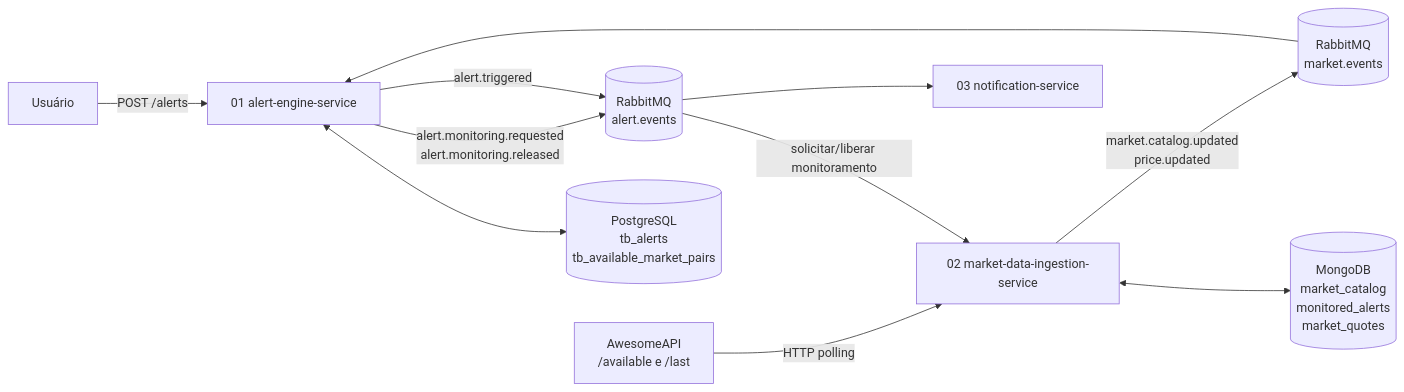
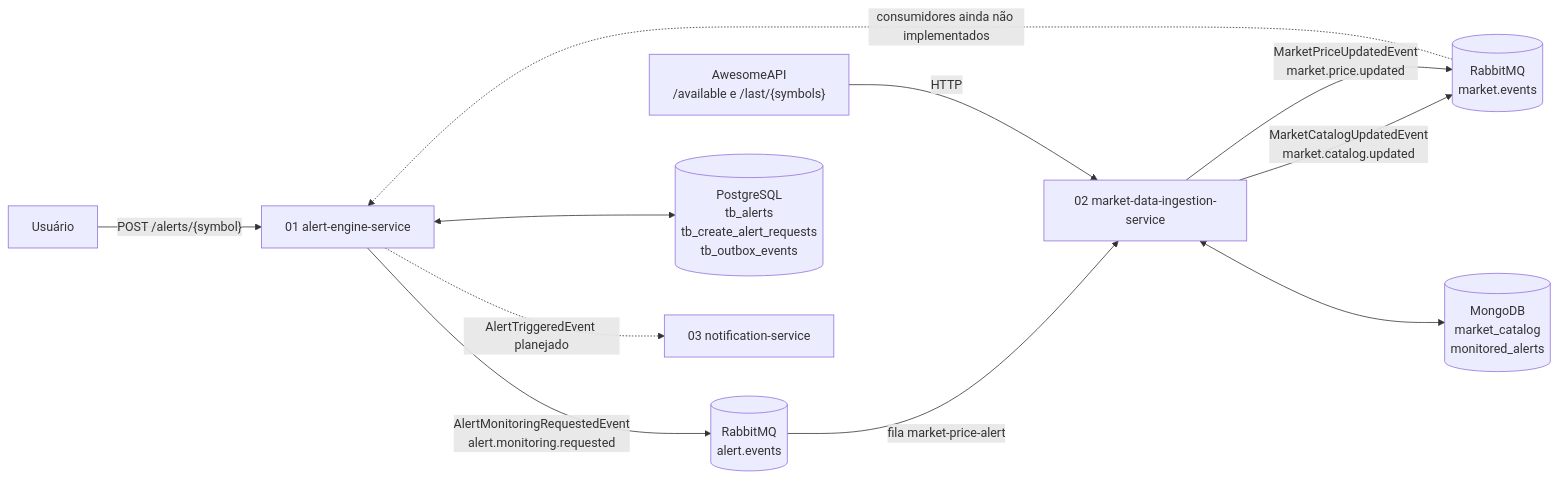
The first of 2 diagrams in _docs/finalert-architecture.md (andrestamatto/finalert), drawn with Mermaid before and after one commit. The commit also changed other lines of this file, not shown here.

Commit message:
docs(architecture): update event-driven service flows

````diff
--- a/_docs/finalert-architecture.md
+++ b/_docs/finalert-architecture.md
@@ -14,18 +11,18 @@
 ```mermaid
 flowchart LR
-    User[Usuário] -->|POST /alerts| AlertEngine[01 alert-engine-service]
+    User["Usuário"] -->|"POST /alerts/{symbol}"| AlertEngine["01 alert-engine-service"]
 
-    Awesome[AwesomeAPI<br/>/available e /last] -->|HTTP polling| MarketData[02 market-data-ingestion-service]
+    AlertEngine -->|"AlertMonitoringRequestedEvent<br/>alert.monitoring.requested"| AlertExchange[("RabbitMQ<br/>alert.events")]
+    AlertExchange -->|"fila market-price-alert"| MarketData["02 market-data-ingestion-service"]
 
-    AlertEngine -->|alert.monitoring.requested<br/>alert.monitoring.released| AlertExchange[(RabbitMQ<br/>alert.events)]
-    AlertExchange -->|solicitar/liberar monitoramento| MarketData
+    Awesome["AwesomeAPI<br/>/available e /last/{symbols}"] -->|"HTTP"| MarketData
 
-    MarketData -->|market.catalog.updated<br/>price.updated| MarketExchange[(RabbitMQ<br/>market.events)]
-    MarketExchange --> AlertEngine
+    MarketData -->|"MarketCatalogUpdatedEvent<br/>market.catalog.updated"| MarketExchange[("RabbitMQ<br/>market.events")]
+    MarketData -->|"MarketPriceUpdatedEvent<br/>market.price.updated"| MarketExchange
 
-    AlertEngine -->|alert.triggered| AlertExchange
-    AlertExchange --> Notification[03 notification-service]
+    MarketData <--> Mongo[("MongoDB<br/>market_catalog<br/>monitored_alerts")]
+    AlertEngine <--> Postgres[("PostgreSQL<br/>tb_alerts<br/>tb_create_alert_requests<br/>tb_outbox_events")]
 
-    MarketData <--> Mongo[(MongoDB<br/>market_catalog<br/>monitored_alerts<br/>market_quotes)]
-    AlertEngine <--> Postgres[(PostgreSQL<br/>tb_alerts<br/>tb_available_market_pairs)]
+    MarketExchange -.->|"consumidores ainda não implementados"| AlertEngine
+    AlertEngine -.->|"AlertTriggeredEvent planejado"| Notification["03 notification-service"]
 ```
````
